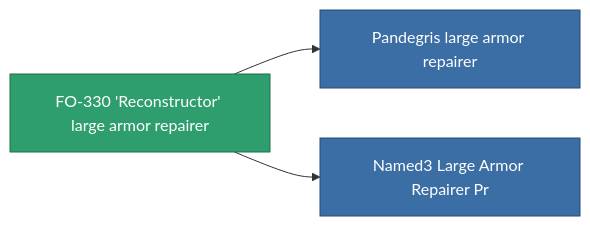
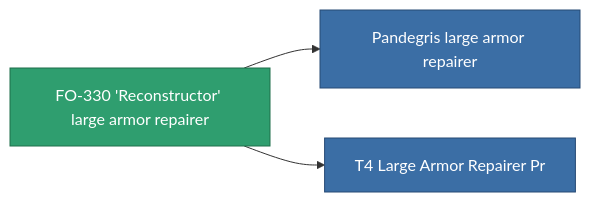
One commit to OpenPerpetuum/Wiki changed the diagram in content/content/items/named2_large_armor_repairer.md. Above: the diagram before and after it, drawn with Mermaid. The commit also changed other lines of this file and 4904 other files, not shown here.

````diff
--- a/content/content/items/named2_large_armor_repairer.md
+++ b/content/content/items/named2_large_armor_repairer.md
@@ -73,13 +51,13 @@
 ```mermaid
 graph LR
     a["FO-330 'Reconstructor' large armor repairer"]:::current
     b["Pandegris large armor repairer"]:::prod
     a --> b
     click b "/content/items/named3-large-armor-repairer/" "Pandegris large armor repairer"
-    c["Named3 Large Armor Repairer Pr"]:::prod
+    c["T4 Large Armor Repairer Pr"]:::prod
     a --> c
-    click c "/content/items/named3-large-armor-repairer-pr/" "Named3 Large Armor Repairer Pr"
+    click c "/content/items/named3-large-armor-repairer-pr/" "T4 Large Armor Repairer Pr"
     classDef current fill:#2f9e6f,stroke:#1f6f4a,color:#ffffff
     classDef prod fill:#3b6ea5,stroke:#274a75,color:#ffffff
     classDef more fill:#39445a,stroke:#54658a,color:#d5dbe8
 ```
````
